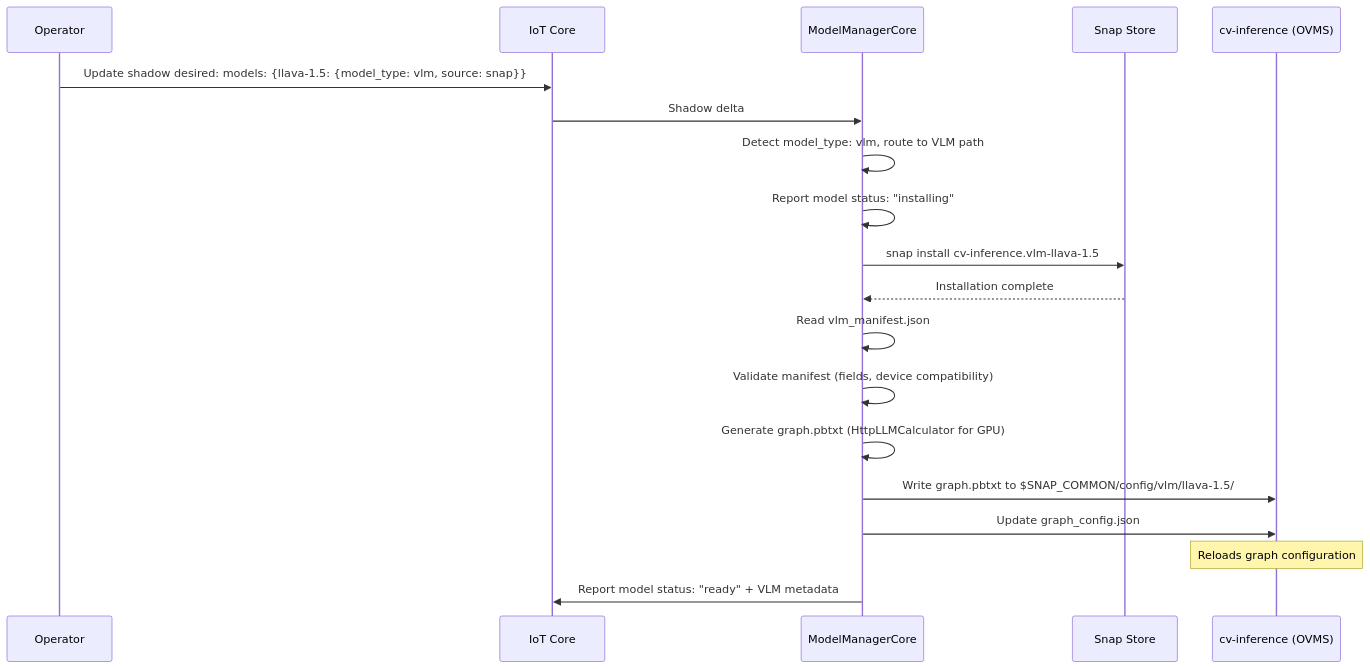
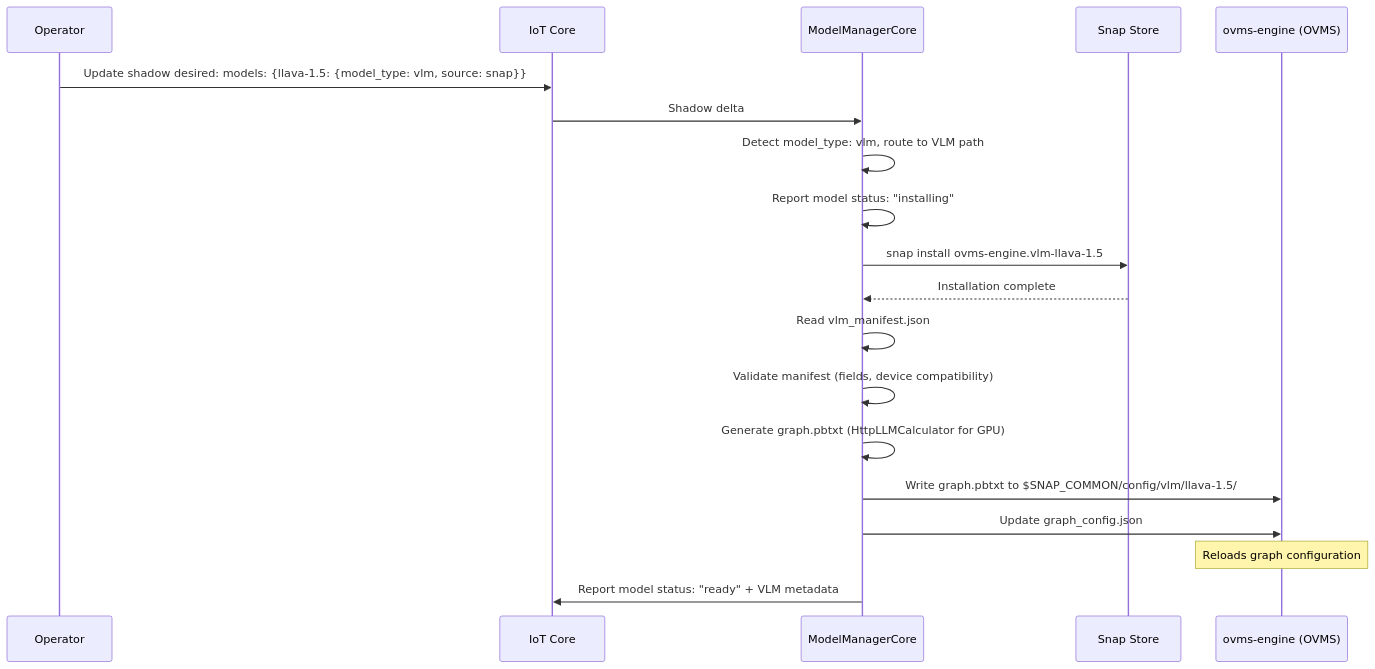
Before and after one commit to gemmerton/sample-greengrass-ubuntucore-computervision: the second of 5 diagrams in .kiro/specs/vlm-support/design.md, drawn with Mermaid. The commit also changed other lines of this file and 12 other files, not shown here.

First line of the commit message:
Complete cv-inference to ovms-engine migration cleanup

````diff
--- a/.kiro/specs/vlm-support/design.md
+++ b/.kiro/specs/vlm-support/design.md
@@ -427,22 +427,22 @@
 ```mermaid
 sequenceDiagram
     participant Op as Operator
     participant IoT as IoT Core
     participant MM as ModelManagerCore
     participant Snap as Snap Store
-    participant OVMS as cv-inference (OVMS)
+    participant OVMS as ovms-engine (OVMS)
 
     Op->>IoT: Update shadow desired: models: {llava-1.5: {model_type: vlm, source: snap}}
     IoT->>MM: Shadow delta
     MM->>MM: Detect model_type: vlm, route to VLM path
     MM->>MM: Report model status: "installing"
-    MM->>Snap: snap install cv-inference.vlm-llava-1.5
+    MM->>Snap: snap install ovms-engine.vlm-llava-1.5
     Snap-->>MM: Installation complete
     MM->>MM: Read vlm_manifest.json
     MM->>MM: Validate manifest (fields, device compatibility)
     MM->>MM: Generate graph.pbtxt (HttpLLMCalculator for GPU)
     MM->>OVMS: Write graph.pbtxt to $SNAP_COMMON/config/vlm/llava-1.5/
     MM->>OVMS: Update graph_config.json
     Note over OVMS: Reloads graph configuration
     MM->>IoT: Report model status: "ready" + VLM metadata
 ```
````
